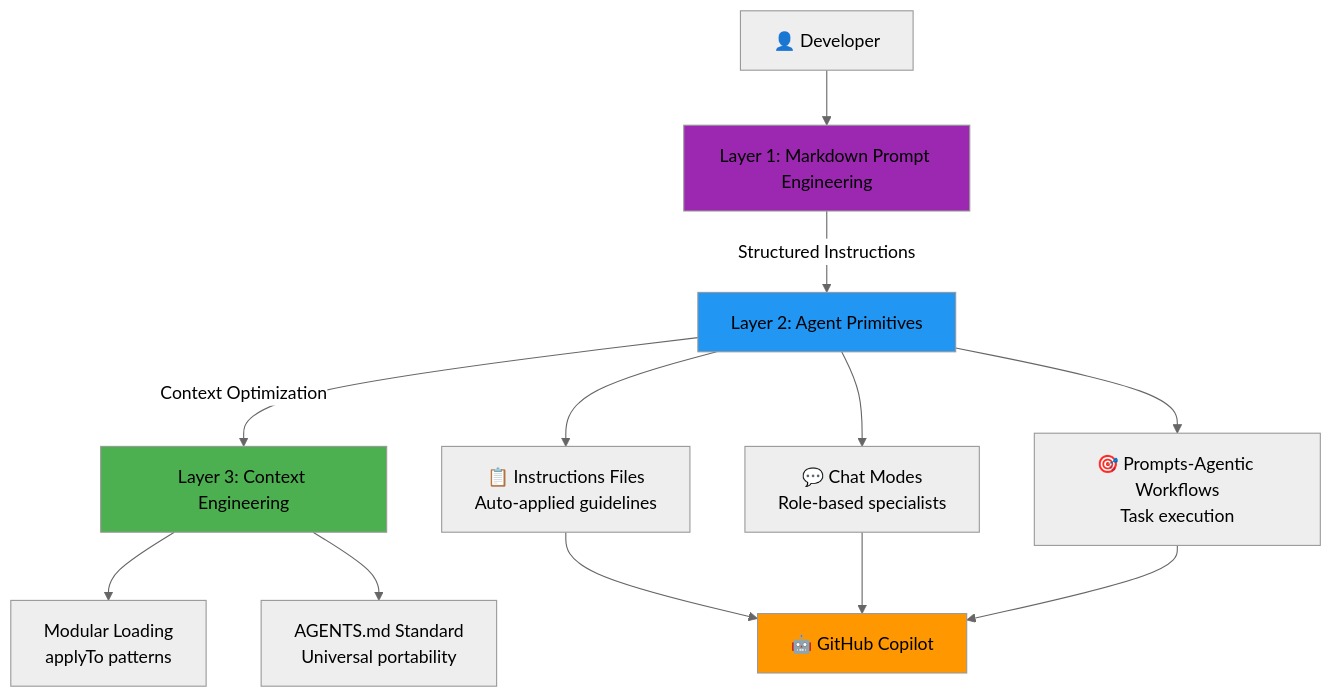
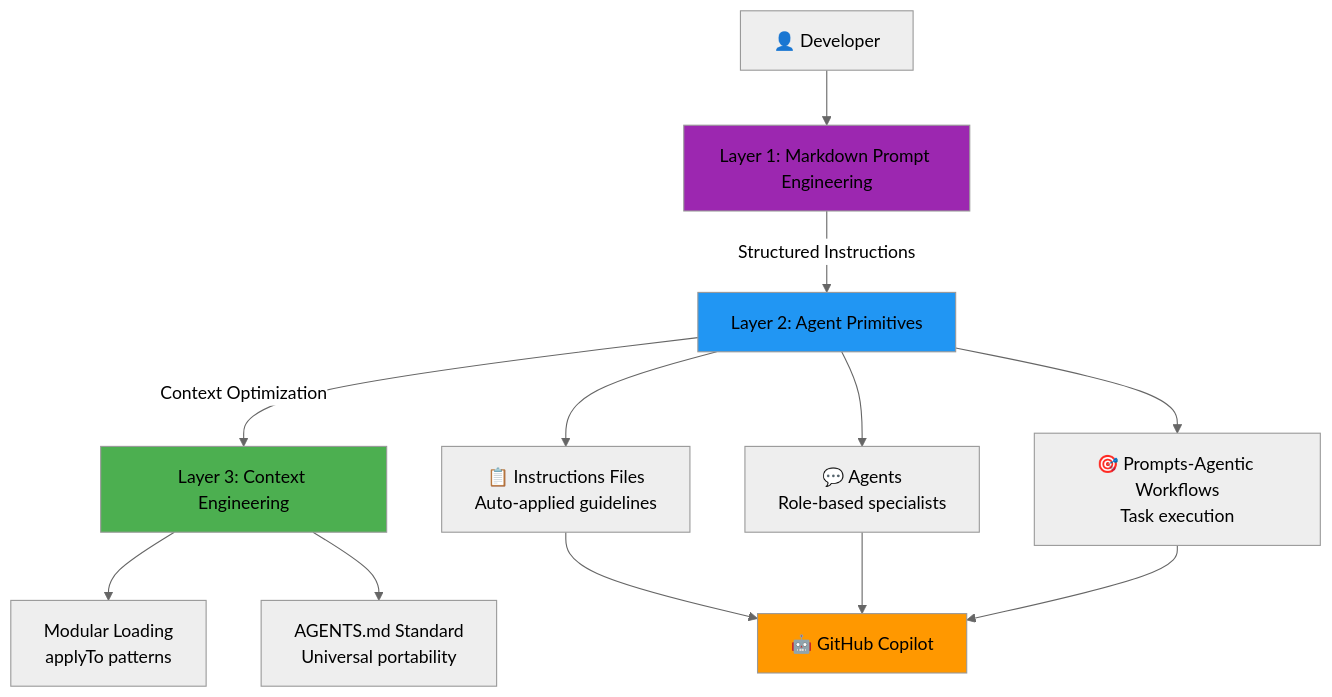
Before and after one commit to javiarmesto/AL-Development-Collection-for-GitHub-Copilot: the diagram in README.md, drawn with Mermaid (neutral theme). The commit also changed other lines of this file and 46 other files, not shown here.

````diff
--- a/README.md
+++ b/README.md
@@ -67,22 +98,22 @@
 ```mermaid
 graph TB
     Dev[👤 Developer] --> Layer1[Layer 1: Markdown Prompt Engineering]
     Layer1 --> |Structured Instructions| Layer2[Layer 2: Agent Primitives]
     Layer2 --> |Context Optimization| Layer3[Layer 3: Context Engineering]
     
     Layer2 --> Instructions[📋 Instructions Files<br/>Auto-applied guidelines]
-    Layer2 --> ChatModes[💬 Chat Modes<br/>Role-based specialists]
+    Layer2 --> Agents[💬 Agents<br/>Role-based specialists]
     Layer2 --> Prompts[🎯 Prompts-Agentic Workflows<br/>Task execution]
     
     Layer3 --> Modular[Modular Loading<br/>applyTo patterns]
     Layer3 --> AGENTSMD[AGENTS.md Standard<br/>Universal portability]
     
     Instructions --> Copilot[🤖 GitHub Copilot]
-    ChatModes --> Copilot
+    Agents --> Copilot
     Prompts --> Copilot
     
     style Layer1 fill:#9C27B0
     style Layer2 fill:#2196F3
     style Layer3 fill:#4CAF50
     style Copilot fill:#FF9800
 ```
````
